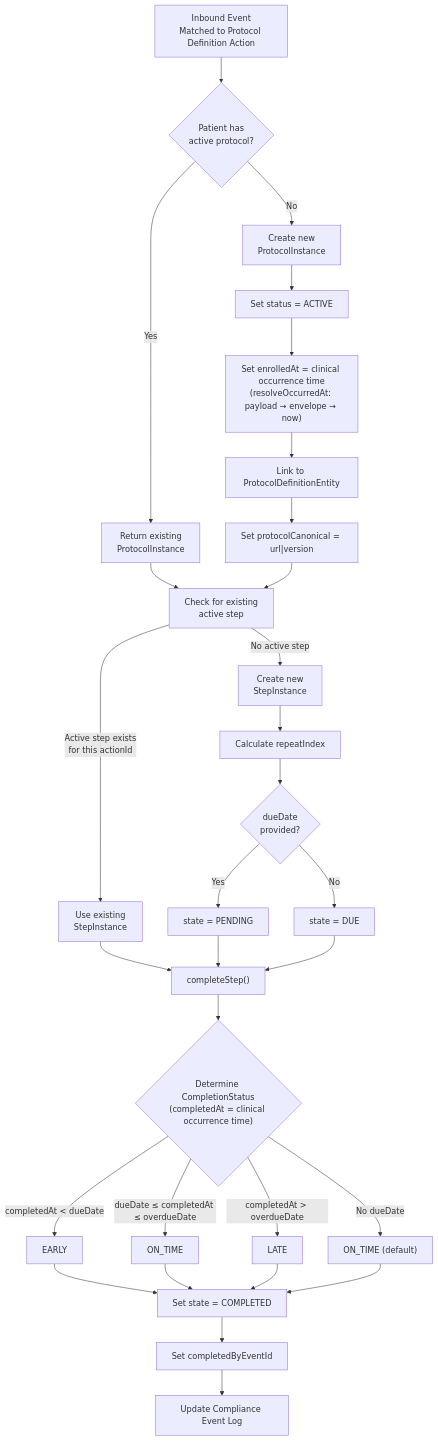
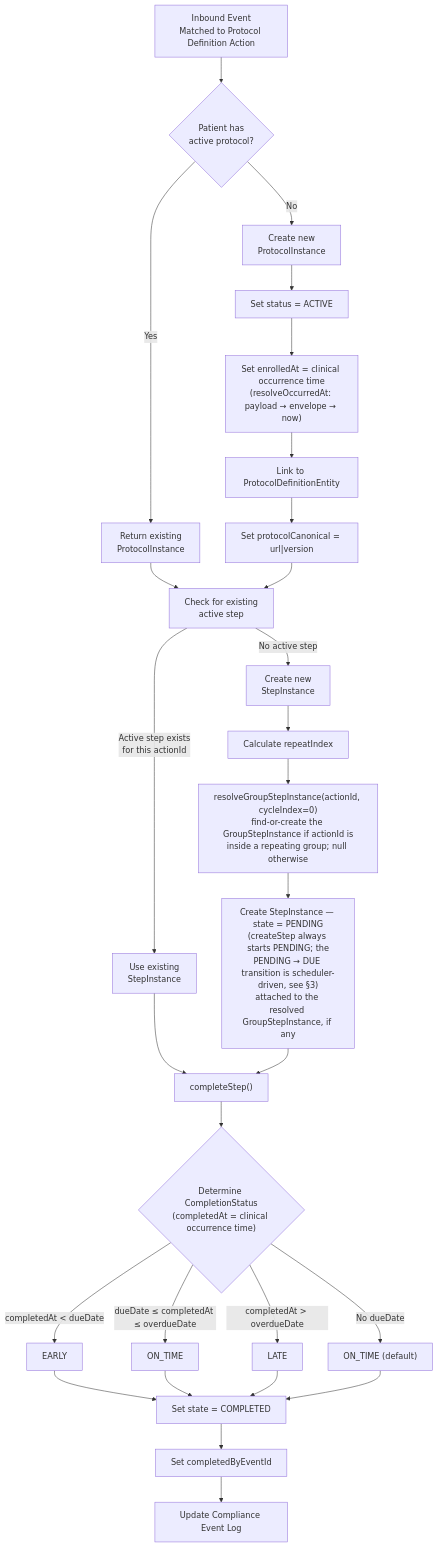
The fourth of 13 diagrams in docs/flow-diagrams.md (Jayaprakash8887/cce-compliance-service), drawn with Mermaid before and after one commit. The commit also changed other lines of this file and 7 other files, not shown here.

````diff
--- a/docs/flow-diagrams.md
+++ b/docs/flow-diagrams.md
@@ -246,41 +275,39 @@
 ```mermaid
 flowchart TD
     A["Inbound Event<br/>Matched to Protocol Definition Action"] --> B{"Patient has<br/>active protocol?"}
 
     B -->|"Yes"| C["Return existing<br/>ProtocolInstance"]
     B -->|"No"| D["Create new<br/>ProtocolInstance"]
 
     D --> E["Set status = ACTIVE"]
     E --> F["Set enrolledAt = clinical occurrence time<br/>(resolveOccurredAt: payload → envelope → now)"]
     F --> G["Link to ProtocolDefinitionEntity"]
     G --> H["Set protocolCanonical = url|version"]
 
     C --> I["Check for existing<br/>active step"]
     H --> I
 
     I -->|"Active step exists<br/>for this actionId"| J["Use existing<br/>StepInstance"]
     I -->|"No active step"| K["Create new<br/>StepInstance"]
 
     K --> L["Calculate repeatIndex"]
-    L --> M{"dueDate<br/>provided?"}
-    M -->|"Yes"| N["state = PENDING"]
-    M -->|"No"| O["state = DUE"]
+    L --> M["resolveGroupStepInstance(actionId, cycleIndex=0)<br/>find-or-create the GroupStepInstance if actionId is<br/>inside a repeating group; null otherwise"]
+    M --> N["Create StepInstance — state = PENDING<br/>(createStep always starts PENDING; the<br/>PENDING → DUE transition is scheduler-driven, see §3)<br/>attached to the resolved GroupStepInstance, if any"]
 
     J --> P["completeStep()"]
     N --> P
-    O --> P
 
     P --> Q{"Determine CompletionStatus<br/>(completedAt = clinical occurrence time)"}
     Q -->|"completedAt < dueDate"| R["EARLY"]
     Q -->|"dueDate ≤ completedAt ≤ overdueDate"| S["ON_TIME"]
     Q -->|"completedAt > overdueDate"| T["LATE"]
     Q -->|"No dueDate"| U["ON_TIME (default)"]
 
     R --> V["Set state = COMPLETED"]
     S --> V
     T --> V
     U --> V
 
     V --> W["Set completedByEventId"]
     W --> X["Update Compliance Event Log"]
 ```
````
